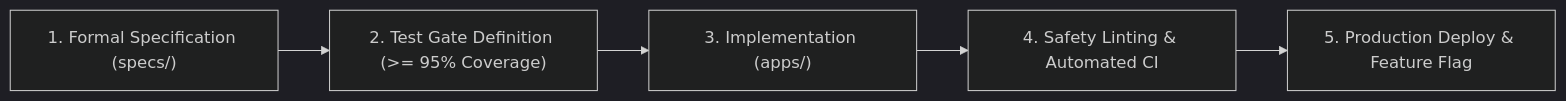
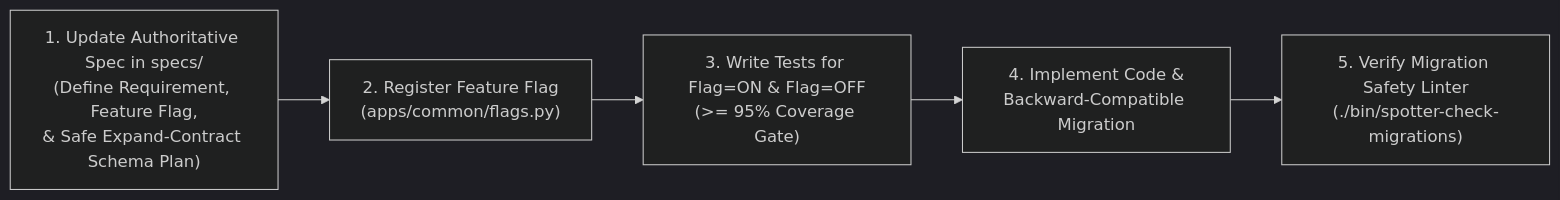
Before and after one commit to aldian/fuel-route-optimizer: the first of 2 diagrams in CONTRIBUTING.md, drawn with Mermaid (dark theme). The commit also changed other lines of this file and 6 other files, not shown here.

Commit message:
Establish specs directory as single source of truth for SDD, feature flags, and safe rollback schema rules

````diff
--- a/CONTRIBUTING.md
+++ b/CONTRIBUTING.md
@@ -12,7 +14,7 @@
 ```mermaid
 flowchart LR
-    A["1. Formal Specification (specs/)"] --> B["2. Test Gate Definition (>= 95% Coverage)"]
-    B --> C["3. Implementation (apps/)"]
-    C --> D["4. Safety Linting & Automated CI"]
-    D --> E["5. Production Deploy & Feature Flag"]
+    A["1. Update Authoritative Spec in specs/<br/>(Define Requirement, Feature Flag,<br/>& Safe Expand-Contract Schema Plan)"] --> B["2. Register Feature Flag<br/>(apps/common/flags.py)"]
+    B --> C["3. Write Tests for Flag=ON & Flag=OFF<br/>(>= 95% Coverage Gate)"]
+    C --> D["4. Implement Code &<br/>Backward-Compatible Migration"]
+    D --> E["5. Verify Migration Safety Linter<br/>(./bin/spotter-check-migrations)"]
 ```
````
